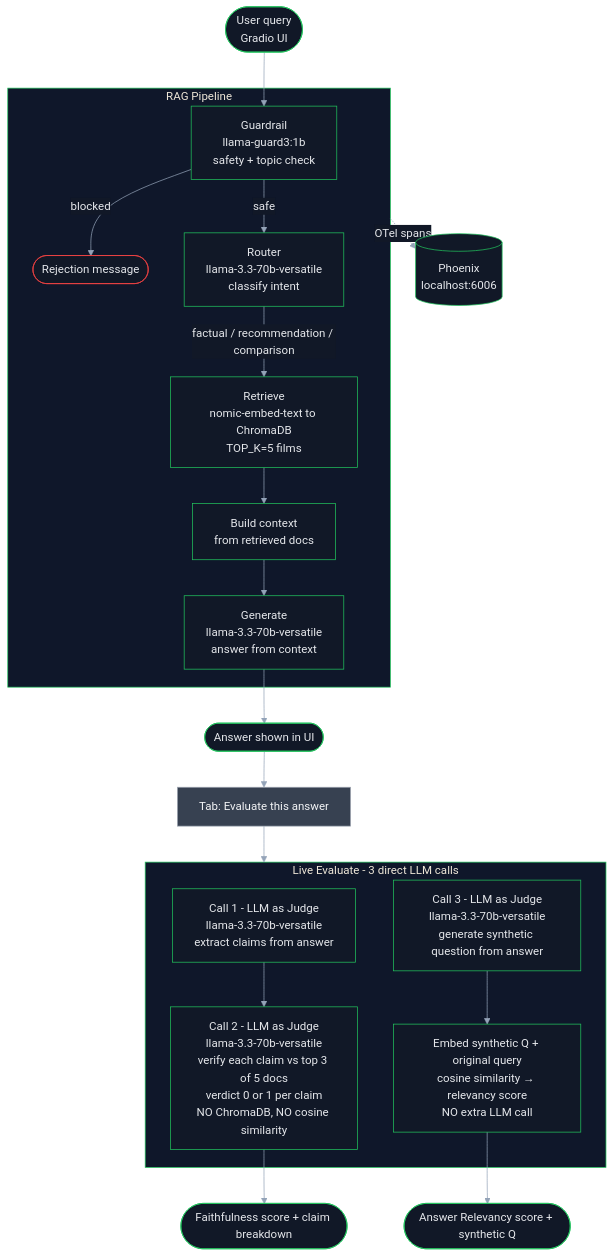
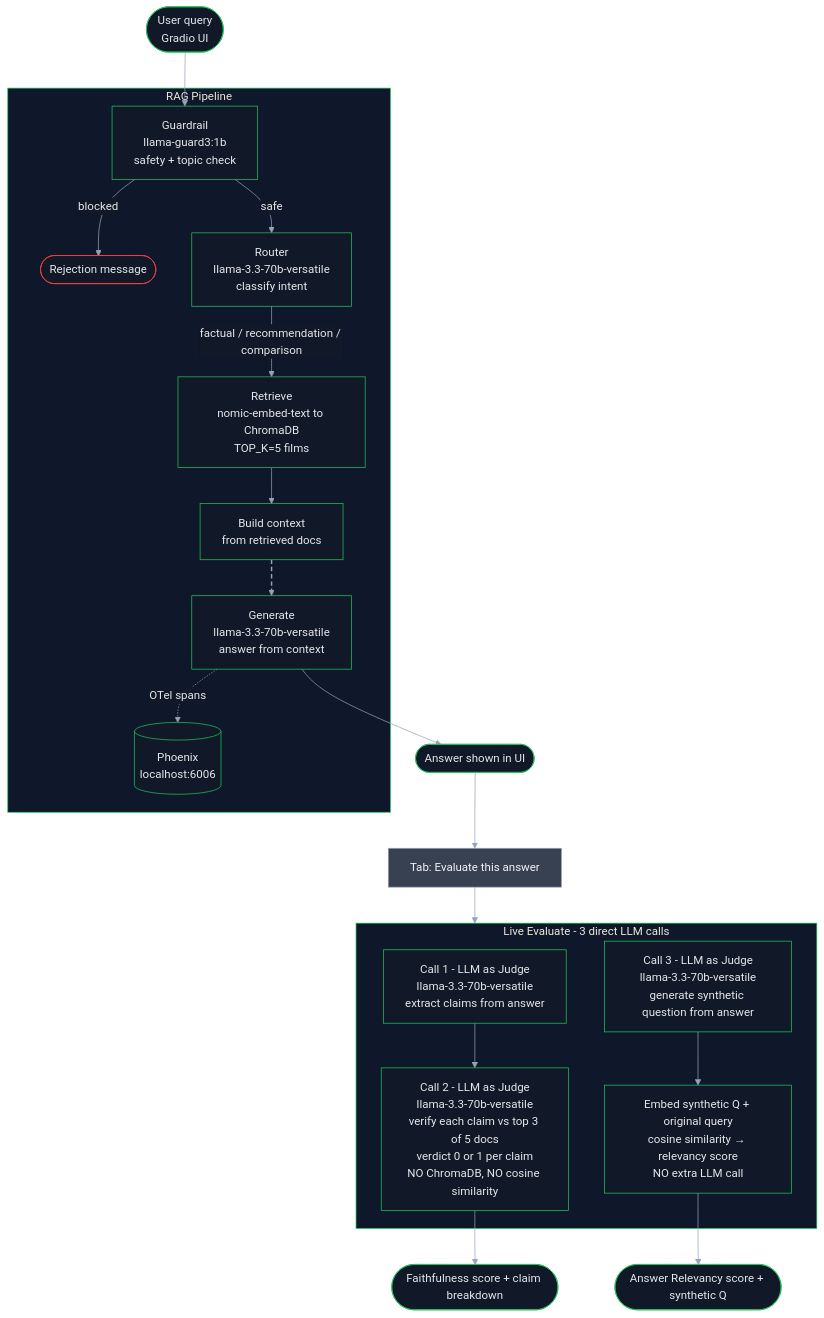
One commit to giovannitammaroaws/local-rag-film-chatbot changed the diagram in README.md. Above: the diagram before and after it, drawn with Mermaid.

Commit message:
Place Phoenix inside pipeline box

````diff
--- a/README.md
+++ b/README.md
@@ -37,53 +37,55 @@
 ```mermaid
 %%{init: {
   "theme": "base",
   "themeVariables": {
     "background": "#0b1220",
     "primaryColor": "#111827",
     "primaryTextColor": "#e5e7eb",
     "primaryBorderColor": "#22c55e",
     "lineColor": "#94a3b8",
     "secondaryColor": "#111827",
     "tertiaryColor": "#111827",
     "clusterBkg": "#0f172a",
     "clusterBorder": "#22c55e"
   }
 }}%%
 flowchart TD
     U([User query<br/>Gradio UI]) --> G
 
     subgraph PIPE[RAG Pipeline]
         G["Guardrail<br/>llama-guard3:1b<br/>safety + topic check"]
         G -->|blocked| REJ([Rejection message])
         G -->|safe| RT["Router<br/>llama-3.3-70b-versatile<br/>classify intent"]
         RT -->|factual / recommendation / comparison| RET["Retrieve<br/>nomic-embed-text to ChromaDB<br/>TOP_K=5 films"]
         RET --> CTX[Build context<br/>from retrieved docs]
         CTX --> GEN["Generate<br/>llama-3.3-70b-versatile<br/>answer from context"]
+        GEN -.->|OTel spans| PH[(Phoenix<br/>localhost:6006)]
     end
 
     GEN --> ANS([Answer shown in UI])
-    PIPE -.->|OTel spans| PH[(Phoenix<br/>localhost:6006)]
 
     ANS --> TAB[Tab: Evaluate this answer]
     TAB --> LIVE
 
     subgraph LIVE[Live Evaluate - 3 direct LLM calls]
         L1["Call 1 - LLM as Judge<br/>llama-3.3-70b-versatile<br/>extract claims from answer"]
         L2["Call 2 - LLM as Judge<br/>llama-3.3-70b-versatile<br/>verify each claim vs top 3 of 5 docs<br/>verdict 0 or 1 per claim<br/>NO ChromaDB, NO cosine similarity"]
         L3["Call 3 - LLM as Judge<br/>llama-3.3-70b-versatile<br/>generate synthetic question from answer"]
         L4["Embed synthetic Q + original query<br/>cosine similarity → relevancy score<br/>NO extra LLM call"]
         L1 --> L2
         L3 --> L4
     end
 
     L2 --> SCORE([Faithfulness score + claim breakdown])
     L4 --> SCORE2([Answer Relevancy score + synthetic Q])
 
+    linkStyle 5 stroke:#94a3b8,stroke-width:2px,stroke-dasharray: 6 4
+
     style U fill:#111827,stroke:#22c55e,color:#e5e7eb
     style TAB fill:#374151,stroke:#9ca3af,color:#f3f4f6
     style REJ fill:#111827,stroke:#ef4444,color:#e5e7eb
     style ANS fill:#111827,stroke:#22c55e,color:#e5e7eb
     style PH fill:#111827,stroke:#22c55e,color:#e5e7eb
     style SCORE fill:#111827,stroke:#22c55e,color:#e5e7eb
     style SCORE2 fill:#111827,stroke:#22c55e,color:#e5e7eb
 ```
````
